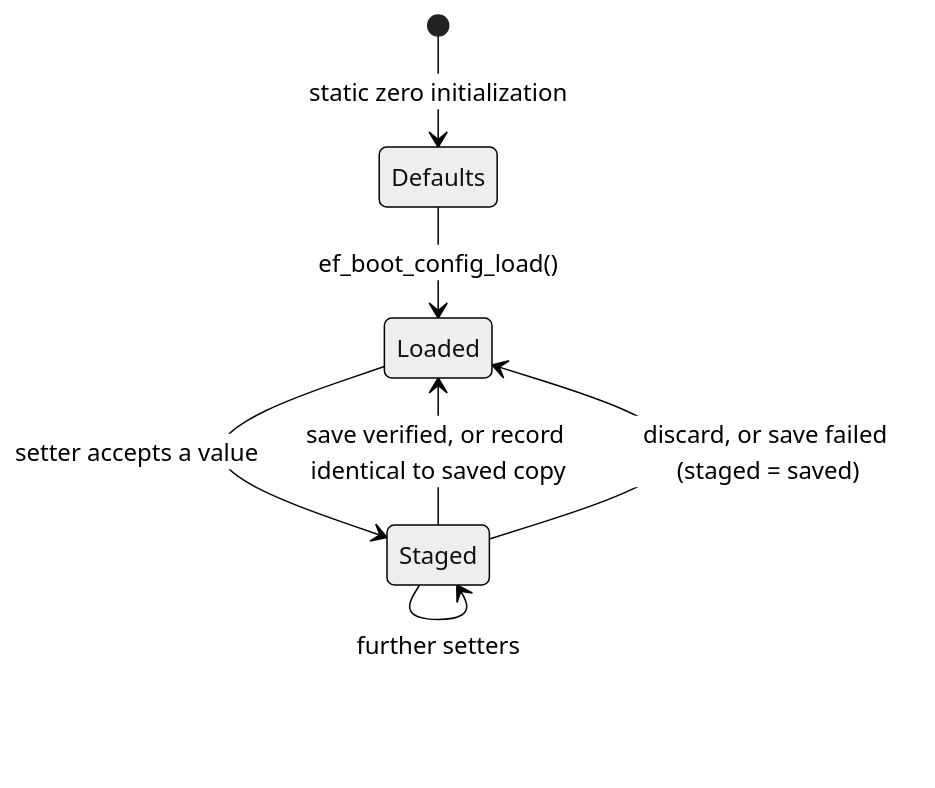
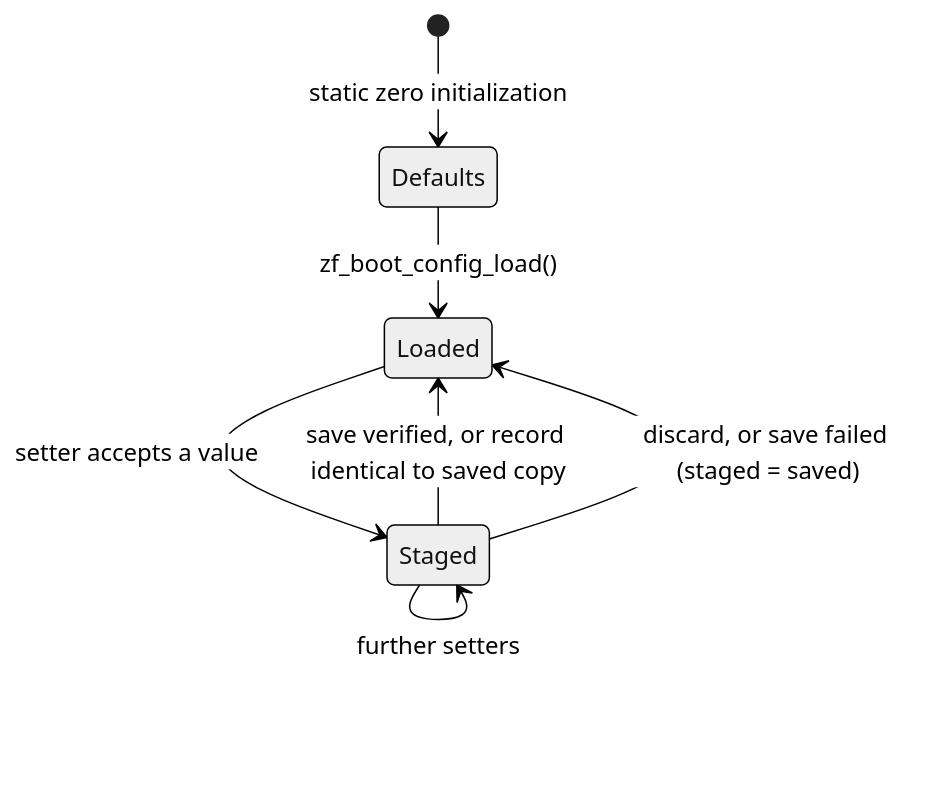
One commit to djwinter29-oss/ESPForge changed the second of 6 diagrams in docs/reference/settings.md. Above: the diagram before and after it, drawn with Mermaid (neutral theme). The commit also changed other lines of this file and 416 other files, not shown here.

````diff
--- a/docs/reference/settings.md
+++ b/docs/reference/settings.md
@@ -79,9 +79,9 @@
 ```mermaid
 stateDiagram-v2
     [*] --> Defaults: static zero initialization
-    Defaults --> Loaded: ef_boot_config_load()
+    Defaults --> Loaded: zf_boot_config_load()
     Loaded --> Staged: setter accepts a value
     Staged --> Staged: further setters
     Staged --> Loaded: save verified, or record identical to saved copy
     Staged --> Loaded: discard, or save failed (staged = saved)
 ```
````
